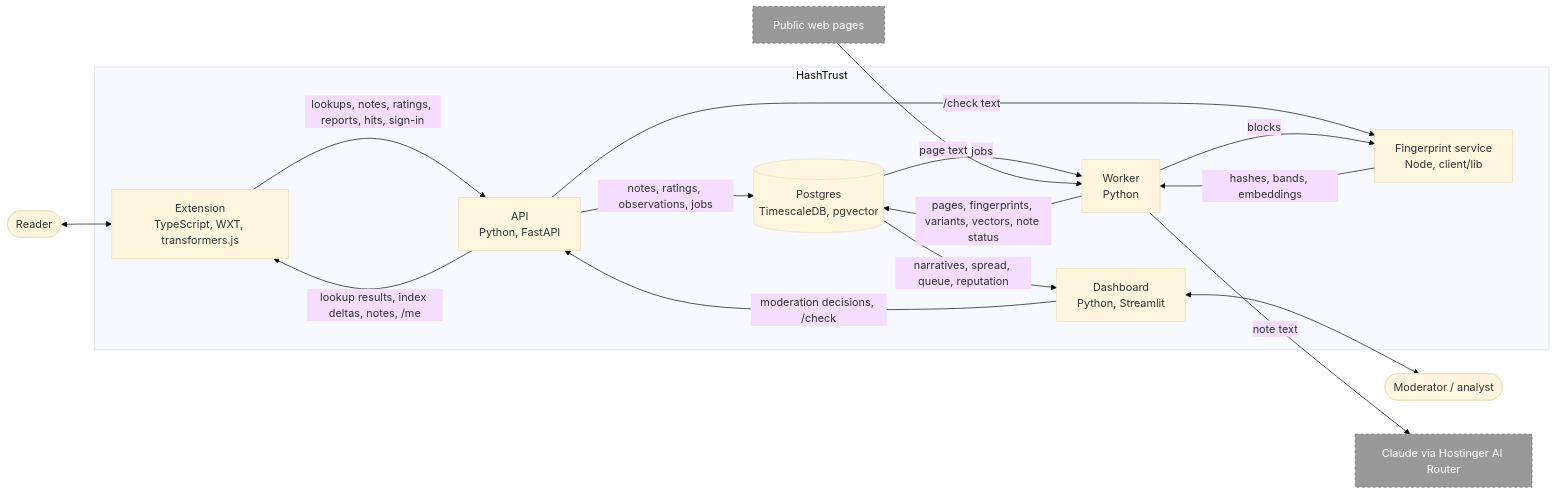
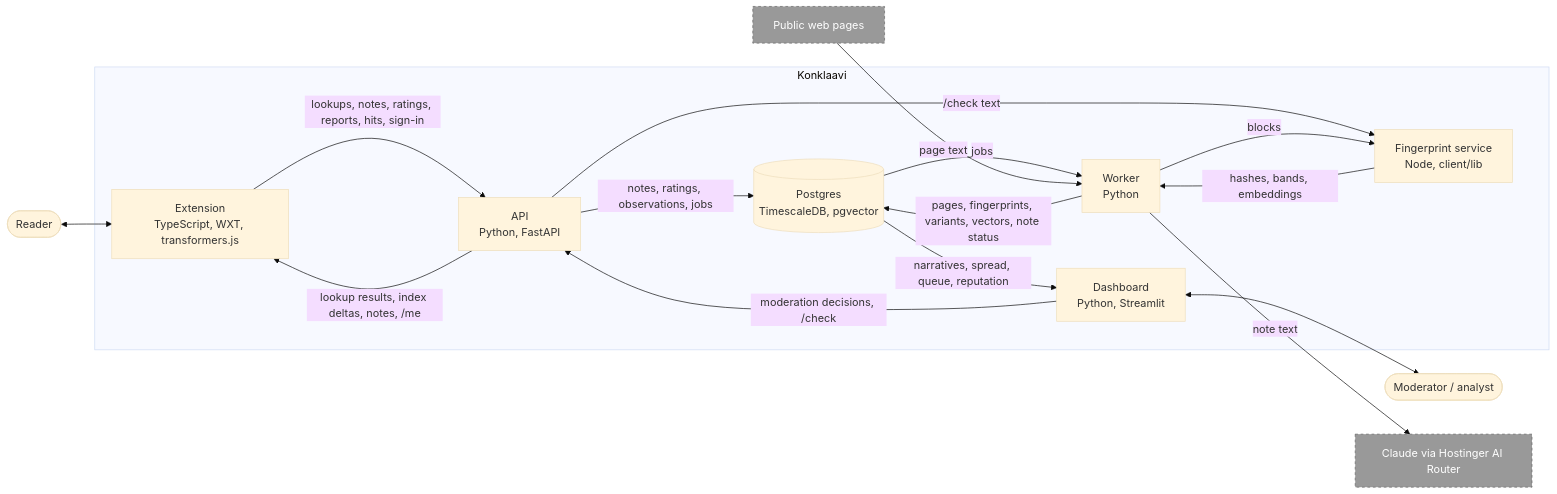
One commit to nlinnanen/konklaavi changed the second of 4 diagrams in docs/components.md. Above: the diagram before and after it, drawn with Mermaid (base theme). The commit also changed other lines of this file and 58 other files, not shown here.

First line of the commit message:
chore: rename HashTrust to Konklaavi

````diff
--- a/docs/components.md
+++ b/docs/components.md
@@ -29,35 +29,35 @@
 ```mermaid
 flowchart LR
   Reader(["Reader"])
   Mod(["Moderator / analyst"])
 
-  subgraph Sys["HashTrust"]
+  subgraph Sys["Konklaavi"]
     Ext["Extension<br/>TypeScript, WXT, transformers.js"]
     API["API<br/>Python, FastAPI"]
     Worker["Worker<br/>Python"]
     FPS["Fingerprint service<br/>Node, client/lib"]
     DB[("Postgres<br/>TimescaleDB, pgvector")]
     Dash["Dashboard<br/>Python, Streamlit"]
   end
 
   Web["Public web pages"]
   LLM["Claude via Hostinger AI Router"]
 
   Reader <--> Ext
   Ext -->|"lookups, notes, ratings, reports, hits, sign-in"| API
   API -->|"lookup results, index deltas, notes, /me"| Ext
   API -->|"notes, ratings, observations, jobs"| DB
   API -->|"/check text"| FPS
   DB -->|jobs| Worker
   Worker -->|"pages, fingerprints, variants, vectors, note status"| DB
   Web -->|page text| Worker
   Worker -->|blocks| FPS
   FPS -->|"hashes, bands, embeddings"| Worker
   Worker -->|note text| LLM
   DB -->|"narratives, spread, queue, reputation"| Dash
   Dash -->|"moderation decisions, /check"| API
   Dash <--> Mod
 
   classDef ext fill:#999,stroke:#666,stroke-dasharray:4,color:#fff
   class Web,LLM ext
 ```
````
